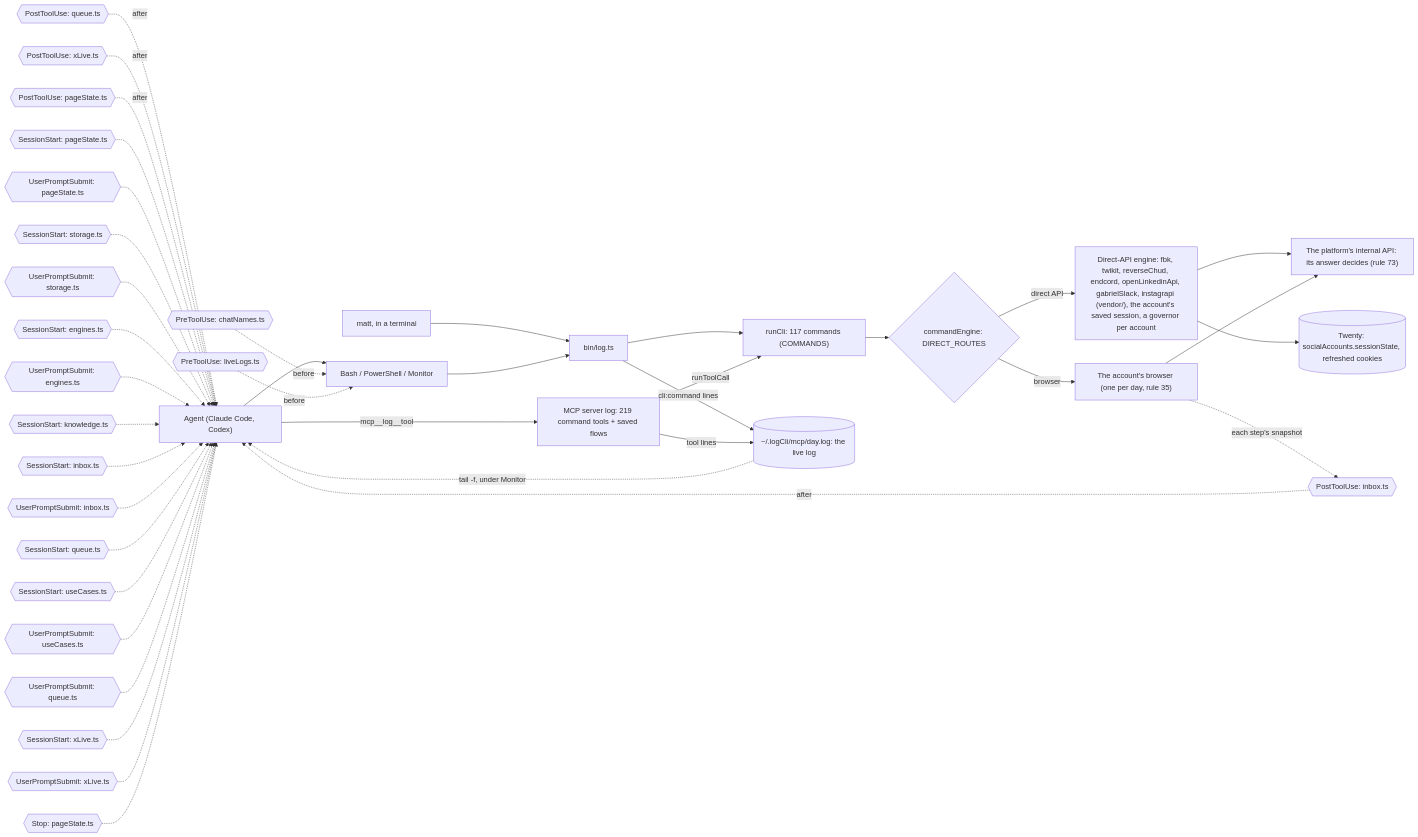
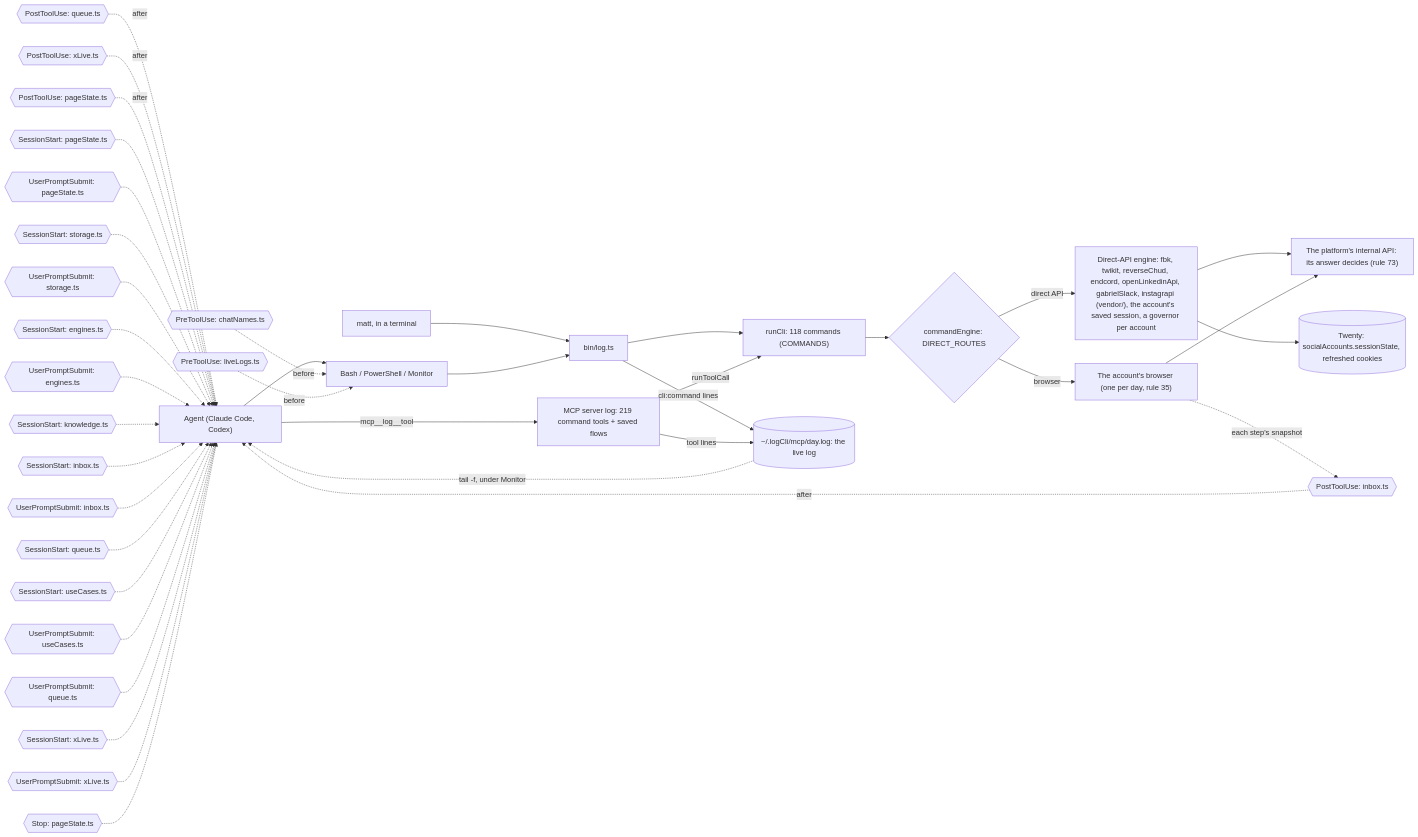
One commit to matthewdonsemail-lab/log changed the third of 6 diagrams in docs/reference.md. Above: the diagram before and after it, drawn with Mermaid. The commit also changed other lines of this file and 66 other files, not shown here.

````diff
--- a/docs/reference.md
+++ b/docs/reference.md
@@ -202,53 +203,53 @@
 ```mermaid
 flowchart LR
   agent["Agent (Claude Code, Codex)"]
   matt["matt, in a terminal"]
   shell["Bash / PowerShell / Monitor"]
   mcp["MCP server log: 219 command tools + saved flows"]
   bin["bin/log.ts"]
-  runCli["runCli: 117 commands (COMMANDS)"]
+  runCli["runCli: 118 commands (COMMANDS)"]
   live[("~/.logCli/mcp/day.log: the live log")]
   engine{"commandEngine: DIRECT_ROUTES"}
   direct["Direct-API engine: fbk, twikit, reverseChud, endcord, openLinkedinApi, gabrielSlack, instagrapi (vendor/), the account's saved session, a governor per account"]
   browser["The account's browser (one per day, rule 35)"]
   api["The platform's internal API: its answer decides (rule 73)"]
   twenty[("Twenty: socialAccounts.sessionState, refreshed cookies")]
   agent --> shell
   matt --> bin
   shell --> bin
   agent -->|mcp__log__tool| mcp
   bin --> runCli
   mcp -->|runToolCall| runCli
   runCli --> engine
   engine -->|direct API| direct
   engine -->|browser| browser
   direct --> api
   browser --> api
   direct --> twenty
   bin -->|cli:command lines| live
   mcp -->|tool lines| live
   live -.->|tail -f, under Monitor| agent
   pre0{{"PreToolUse: chatNames.ts"}} -.->|before| shell
   pre1{{"PreToolUse: liveLogs.ts"}} -.->|before| shell
   post0{{"PostToolUse: inbox.ts"}} -.->|after| agent
   post1{{"PostToolUse: queue.ts"}} -.->|after| agent
   post2{{"PostToolUse: xLive.ts"}} -.->|after| agent
   post3{{"PostToolUse: pageState.ts"}} -.->|after| agent
   turn0{{"SessionStart: pageState.ts"}} -.-> agent
   turn1{{"UserPromptSubmit: pageState.ts"}} -.-> agent
   turn2{{"SessionStart: storage.ts"}} -.-> agent
   turn3{{"UserPromptSubmit: storage.ts"}} -.-> agent
   turn4{{"SessionStart: engines.ts"}} -.-> agent
   turn5{{"UserPromptSubmit: engines.ts"}} -.-> agent
   turn6{{"SessionStart: knowledge.ts"}} -.-> agent
   turn7{{"SessionStart: inbox.ts"}} -.-> agent
   turn8{{"UserPromptSubmit: inbox.ts"}} -.-> agent
   turn9{{"SessionStart: queue.ts"}} -.-> agent
   turn10{{"SessionStart: useCases.ts"}} -.-> agent
   turn11{{"UserPromptSubmit: useCases.ts"}} -.-> agent
   turn12{{"UserPromptSubmit: queue.ts"}} -.-> agent
   turn13{{"SessionStart: xLive.ts"}} -.-> agent
   turn14{{"UserPromptSubmit: xLive.ts"}} -.-> agent
   turn15{{"Stop: pageState.ts"}} -.-> agent
   browser -.->|each step's snapshot| post0
 ```
````
